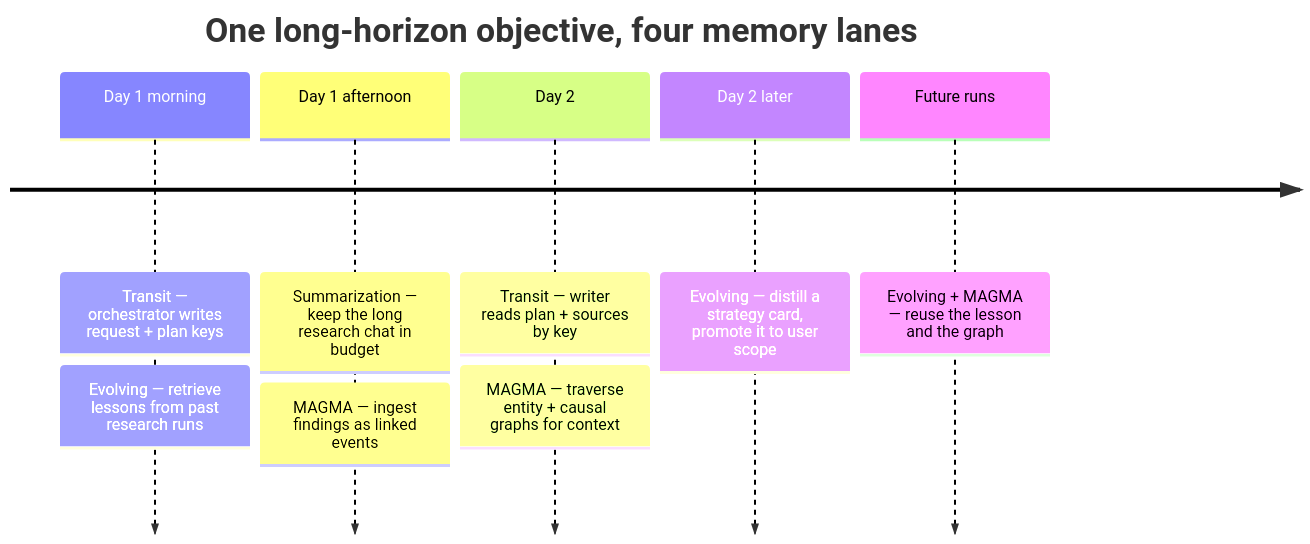
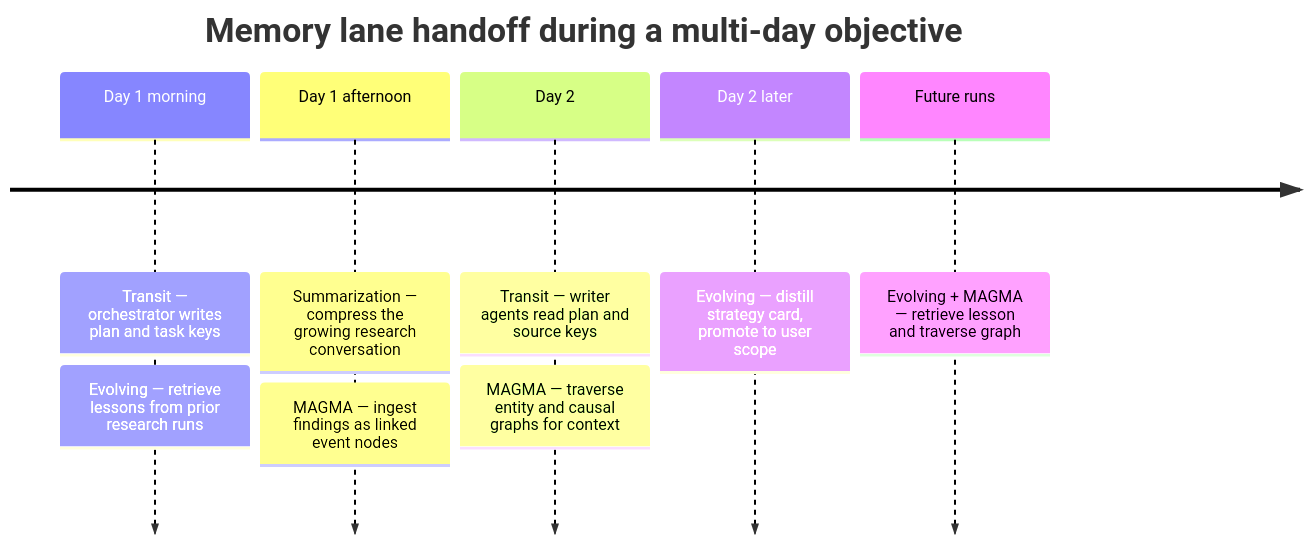
Before and after one commit to intelligencedev/intelligence-web: the ninth of 9 diagrams in content/manifold-memory-systems.md, drawn with Mermaid. The commit also changed other lines of this file, not shown here.

Commit message:
Changes tone of memory article

```diff
--- a/content/manifold-memory-systems.md
+++ b/content/manifold-memory-systems.md
@@ -345,12 +367,12 @@
 <pre class="mermaid">
 timeline
-    title One long-horizon objective, four memory lanes
-    Day 1 morning  : Transit — orchestrator writes request + plan keys
-                   : Evolving — retrieve lessons from past research runs
-    Day 1 afternoon: Summarization — keep the long research chat in budget
-                   : MAGMA — ingest findings as linked events
-    Day 2          : Transit — writer reads plan + sources by key
-                   : MAGMA — traverse entity + causal graphs for context
-    Day 2 later    : Evolving — distill a strategy card, promote it to user scope
-    Future runs    : Evolving + MAGMA — reuse the lesson and the graph
+    title Memory lane handoff during a multi-day objective
+    Day 1 morning  : Transit — orchestrator writes plan and task keys
+                   : Evolving — retrieve lessons from prior research runs
+    Day 1 afternoon: Summarization — compress the growing research conversation
+                   : MAGMA — ingest findings as linked event nodes
+    Day 2          : Transit — writer agents read plan and source keys
+                   : MAGMA — traverse entity and causal graphs for context
+    Day 2 later    : Evolving — distill strategy card, promote to user scope
+    Future runs    : Evolving + MAGMA — retrieve lesson and traverse graph
 </pre>
```
